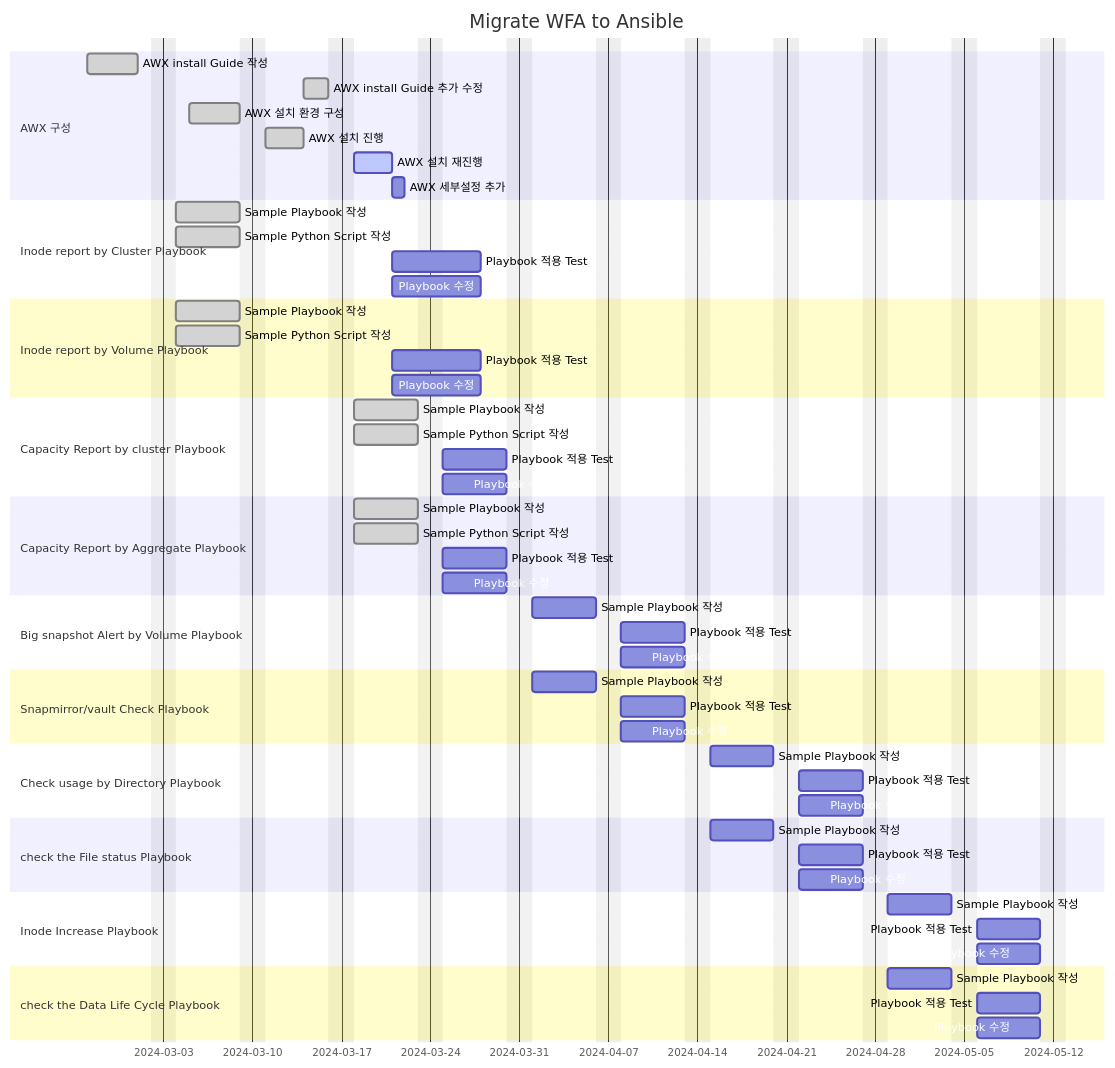
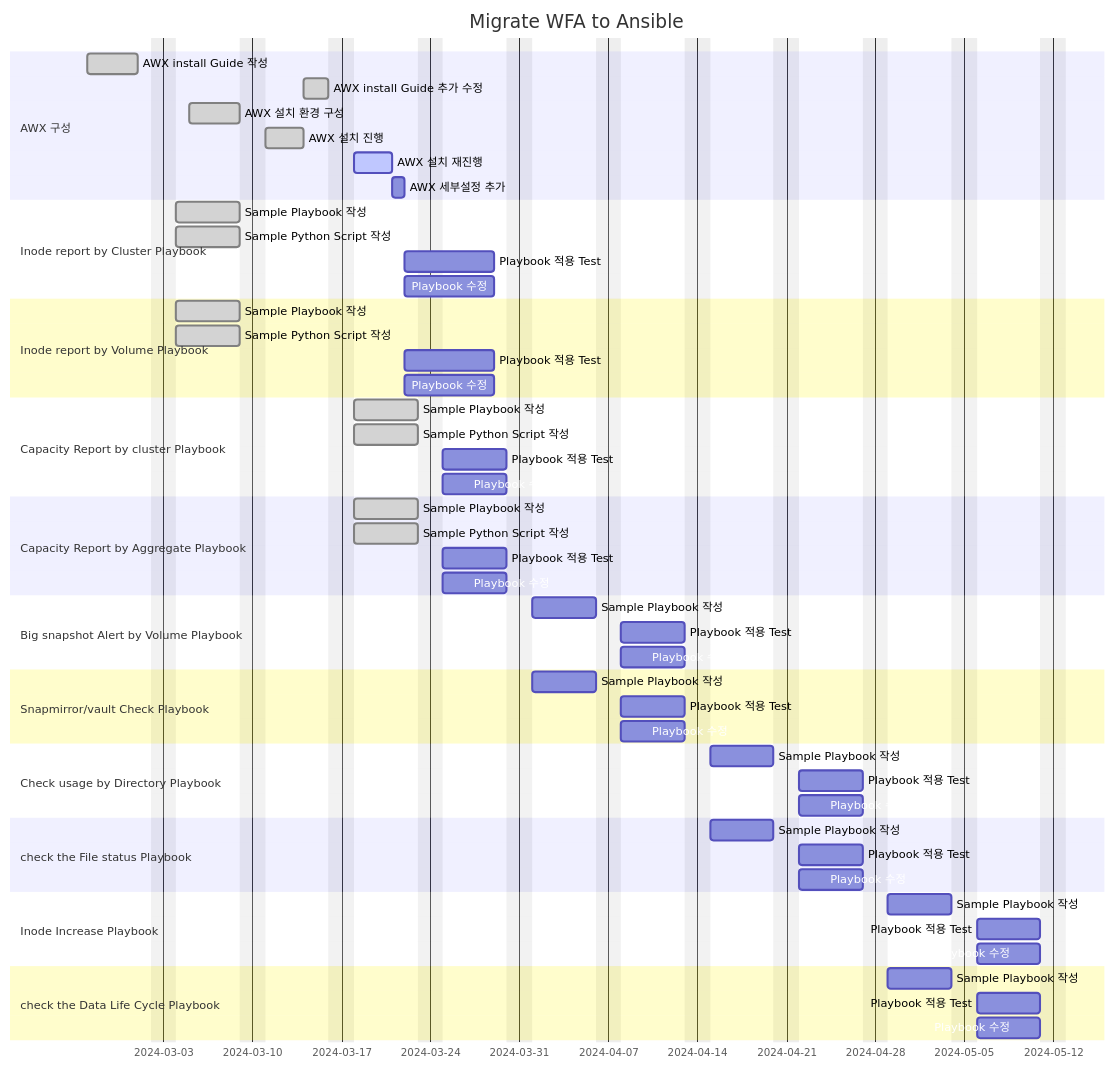
One commit to netappkr/AnsiblePlaybook changed the diagram in SKHynix/Readme.md. Above: the diagram before and after it, drawn with Mermaid.

````diff
--- a/SKHynix/Readme.md
+++ b/SKHynix/Readme.md
@@ -62,68 +62,68 @@
 ```mermaid
 gantt
     title Migrate WFA to Ansible
     dateFormat  YYYY-MM-DD
     excludes    weekends
 
     section AWX 구성
     AWX install Guide 작성  : done, awx1, 2024-02-26, 4d
     AWX install Guide 추가 수정  : done, awx1-1, after awx3, 2d
     AWX 설치 환경 구성  : done, awx2, 2024-03-05, 4d
     AWX 설치 진행 : done, awx3, after awx2 , 3d
     AWX 설치 재진행 : active, awx3-1, after awx1-1 , 3d
     AWX 세부설정 추가 : awx4, after awx3-1, 1d
 
     section Inode report by Cluster Playbook
     Sample Playbook 작성 : done,p1-1, 2024-03-04, 5d
-    Sample Python Script 작성 : done,p1-2, 2024-03-04, 5d
-    Playbook 적용 Test: p1-3, after awx3-1,  5d
-    Playbook 수정 : p1-4, after awx3-1 , 5d
+    Sample Python Script 작성 : done, p1-2, 2024-03-04, 5d
+    Playbook 적용 Test: p1-3, after awx4,  5d
+    Playbook 수정 : p1-4, after awx4 , 5d
 
     section Inode report by Volume Playbook
     Sample Playbook 작성 : done, p2-1, 2024-03-04, 5d
     Sample Python Script 작성 : done, p2-2, 2024-03-04, 5d
-    Playbook 적용 Test: p2-3, after awx3-1,  5d
-    Playbook 수정 : p2-4, after awx3-1 , 5d
+    Playbook 적용 Test: p2-3, after awx4,  5d
+    Playbook 수정 : p2-4, after awx4 , 5d
 
     section Capacity Report by cluster Playbook
     Sample Playbook 작성 : done, p3-1, 2024-03-18, 5d
     Sample Python Script 작성 : done, p3-2, 2024-03-18, 5d
     Playbook 적용 Test: p3-3, after p3-1,  5d
     Playbook 수정 : p3-4, after p3-1 , 5d
 
     section Capacity Report by Aggregate Playbook
     Sample Playbook 작성 : done, p4-1, 2024-03-18, 5d
     Sample Python Script 작성 : done, p4-2, 2024-03-18, 5d
     Playbook 적용 Test: p4-3, after p4-1,  5d
     Playbook 수정 : p4-3, after p4-1 , 5d
 
     section Big snapshot Alert by Volume Playbook
     Sample Playbook 작성 : p5-1, 2024-04-01, 5d
     Playbook 적용 Test: p5-2, after p5-1,  5d
     Playbook 수정 : p5-3, after p5-1 , 5d
 
     section Snapmirror/vault Check Playbook
     Sample Playbook 작성 : p6-1, 2024-04-01, 5d
     Playbook 적용 Test: p6-2, after p6-1,  5d
     Playbook 수정 : p6-3, after p6-1 , 5d
 
     section Check usage by Directory Playbook
     Sample Playbook 작성 : p7-1, 2024-04-15, 5d
     Playbook 적용 Test: p7-2, after p7-1,  5d
     Playbook 수정 : p7-3, after p7-1 , 5d
 
     section check the File status Playbook
     Sample Playbook 작성 : p8-1, 2024-04-15, 5d
     Playbook 적용 Test: p8-2, after p8-1,  5d
     Playbook 수정 : p8-3, after p8-1 , 5d
 
     section Inode Increase Playbook
     Sample Playbook 작성 : p9-1, 2024-04-29, 5d
     Playbook 적용 Test: p9-2, after p9-1,  5d
     Playbook 수정 : p9-3, after p9-1 , 5d
 
     section check the Data Life Cycle Playbook
     Sample Playbook 작성 : p10-1, 2024-04-29, 5d
     Playbook 적용 Test: p10-2, after p10-1,  5d
     Playbook 수정 : p10-3, after p10-1 , 5d
 ```
````
